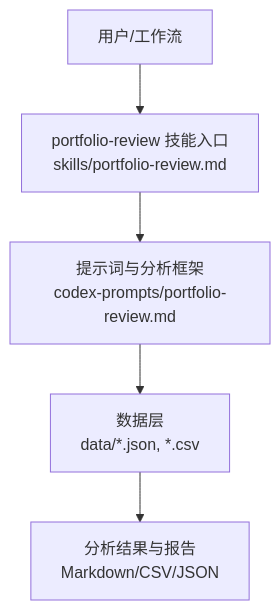
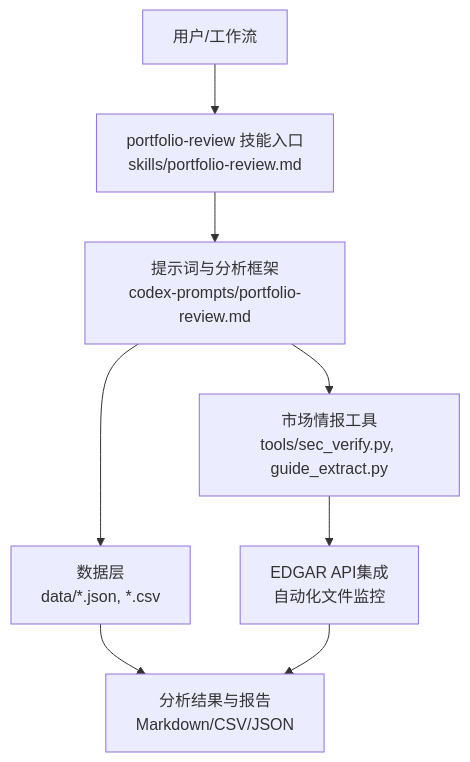
One commit to Ted-Engineer/ai-berkshire changed the first of 10 diagrams in .qoder/repowiki/zh/content/AI技能系统/核心投资研究技能/投资组合审查技能.md. Above: the diagram before and after it, drawn with Mermaid. The commit also changed other lines of this file and 76 other files, not shown here.

````diff
--- a/.qoder/repowiki/zh/content/AI技能系统/核心投资研究技能/投资组合审查技能.md
+++ b/.qoder/repowiki/zh/content/AI技能系统/核心投资研究技能/投资组合审查技能.md
@@ -42,7 +53,10 @@
 ```mermaid
 graph TB
 A["用户/工作流"] --> B["portfolio-review 技能入口<br/>skills/portfolio-review.md"]
 B --> C["提示词与分析框架<br/>codex-prompts/portfolio-review.md"]
 C --> D["数据层<br/>data/*.json, *.csv"]
-D --> E["分析结果与报告<br/>Markdown/CSV/JSON"]
+C --> E["市场情报工具<br/>tools/sec_verify.py, guide_extract.py"]
+E --> F["EDGAR API集成<br/>自动化文件监控"]
+D --> G["分析结果与报告<br/>Markdown/CSV/JSON"]
+F --> G
 ```
````
